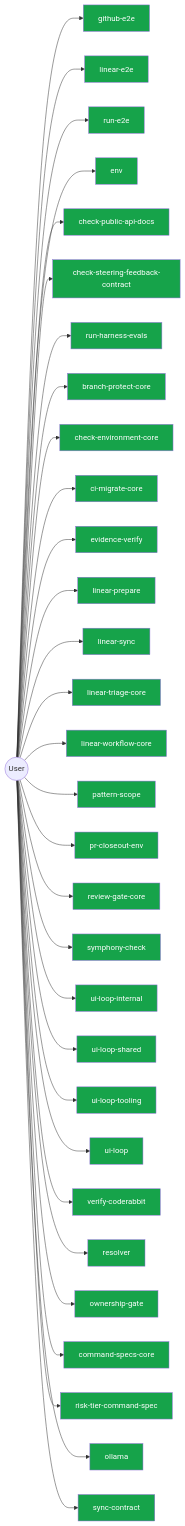
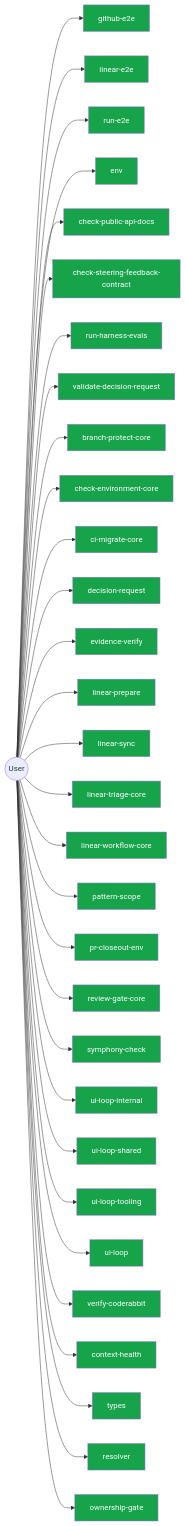
Diagram 14 of 14 in AI/context/diagram-context.md (jscraik/coding-harness), drawn with Mermaid before and after one commit. The commit also changed other lines of this file and 420 other files, not shown here.

````diff
--- a/AI/context/diagram-context.md
+++ b/AI/context/diagram-context.md
@@ -1366,67 +1582,67 @@
 ```mermaid
 flowchart LR
   User(("User"))
   github_e2e_2891a341["github-e2e"]
   User --> github_e2e_2891a341
   linear_e2e_decf3708["linear-e2e"]
   User --> linear_e2e_decf3708
   run_e2e_39efe696["run-e2e"]
   User --> run_e2e_39efe696
   env_b77349bf["env"]
   User --> env_b77349bf
   check_public_api_docs_a9604f1b["check-public-api-docs"]
   User --> check_public_api_docs_a9604f1b
   check_steering_feedback_contract_80134459["check-steering-feedback-contract"]
   User --> check_steering_feedback_contract_80134459
   run_harness_evals_77704768["run-harness-evals"]
   User --> run_harness_evals_77704768
+  validate_decision_request_2e5c325e["validate-decision-request"]
+  User --> validate_decision_request_2e5c325e
   branch_protect_core_a8feb0fd["branch-protect-core"]
   User --> branch_protect_core_a8feb0fd
   check_environment_core_2c16213f["check-environment-core"]
   User --> check_environment_core_2c16213f
   ci_migrate_core_7005b5af["ci-migrate-core"]
   User --> ci_migrate_core_7005b5af
+  decision_request_118a770d["decision-request"]
+  User --> decision_request_118a770d
   evidence_verify_3b73c290["evidence-verify"]
   User --> evidence_verify_3b73c290
   linear_prepare_0c613ba6["linear-prepare"]
   User --> linear_prepare_0c613ba6
   linear_sync_a2fa2bf7["linear-sync"]
   User --> linear_sync_a2fa2bf7
   linear_triage_core_7cbca73e["linear-triage-core"]
   User --> linear_triage_core_7cbca73e
   linear_workflow_core_0e19cff4["linear-workflow-core"]
   User --> linear_workflow_core_0e19cff4
   pattern_scope_61ff946d["pattern-scope"]
   User --> pattern_scope_61ff946d
   pr_closeout_env_9bfcd9ef["pr-closeout-env"]
   User --> pr_closeout_env_9bfcd9ef
   review_gate_core_4c8001f9["review-gate-core"]
   User --> review_gate_core_4c8001f9
   symphony_check_e97f2ea0["symphony-check"]
   User --> symphony_check_e97f2ea0
   ui_loop_internal_f2eb8892["ui-loop-internal"]
   User --> ui_loop_internal_f2eb8892
   ui_loop_shared_8c83b841["ui-loop-shared"]
   User --> ui_loop_shared_8c83b841
   ui_loop_tooling_12b2d2c7["ui-loop-tooling"]
   User --> ui_loop_tooling_12b2d2c7
   ui_loop_11660889["ui-loop"]
   User --> ui_loop_11660889
   verify_coderabbit_490b4e71["verify-coderabbit"]
   User --> verify_coderabbit_490b4e71
+  context_health_1_ceb11829["context-health"]
+  User --> context_health_1_ceb11829
+  types_2_d9bc6e7a["types"]
+  User --> types_2_d9bc6e7a
   resolver_439c3635["resolver"]
   User --> resolver_439c3635
   ownership_gate_2e194d13["ownership-gate"]
   User --> ownership_gate_2e194d13
-  command_specs_core_1c0ffc99["command-specs-core"]
-  User --> command_specs_core_1c0ffc99
-  risk_tier_command_spec_127e876c["risk-tier-command-spec"]
-  User --> risk_tier_command_spec_127e876c
-  ollama_76e3c7bf["ollama"]
-  User --> ollama_76e3c7bf
-  sync_contract_c79fa191["sync-contract"]
-  User --> sync_contract_c79fa191
   classDef userNode fill:#16a34a,color:#fff
-  class github_e2e_2891a341,linear_e2e_decf3708,run_e2e_39efe696,env_b77349bf,check_public_api_docs_a9604f1b,check_steering_feedback_contract_80134459,run_harness_evals_77704768,branch_protect_core_a8feb0fd,check_environment_core_2c16213f,ci_migrate_core_7005b5af,evidence_verify_3b73c290,linear_prepare_0c613ba6,linear_sync_a2fa2bf7,linear_triage_core_7cbca73e,linear_workflow_core_0e19cff4,pattern_scope_61ff946d,pr_closeout_env_9bfcd9ef,review_gate_core_4c8001f9,symphony_check_e97f2ea0,ui_loop_internal_f2eb8892,ui_loop_shared_8c83b841,ui_loop_tooling_12b2d2c7,ui_loop_11660889,verify_coderabbit_490b4e71,resolver_439c3635,ownership_gate_2e194d13,command_specs_core_1c0ffc99,risk_tier_command_spec_127e876c,ollama_76e3c7bf,sync_contract_c79fa191 userNode
+  class github_e2e_2891a341,linear_e2e_decf3708,run_e2e_39efe696,env_b77349bf,check_public_api_docs_a9604f1b,check_steering_feedback_contract_80134459,run_harness_evals_77704768,validate_decision_request_2e5c325e,branch_protect_core_a8feb0fd,check_environment_core_2c16213f,ci_migrate_core_7005b5af,decision_request_118a770d,evidence_verify_3b73c290,linear_prepare_0c613ba6,linear_sync_a2fa2bf7,linear_triage_core_7cbca73e,linear_workflow_core_0e19cff4,pattern_scope_61ff946d,pr_closeout_env_9bfcd9ef,review_gate_core_4c8001f9,symphony_check_e97f2ea0,ui_loop_internal_f2eb8892,ui_loop_shared_8c83b841,ui_loop_tooling_12b2d2c7,ui_loop_11660889,verify_coderabbit_490b4e71,context_health_1_ceb11829,types_2_d9bc6e7a,resolver_439c3635,ownership_gate_2e194d13 userNode
 
 ```
````
